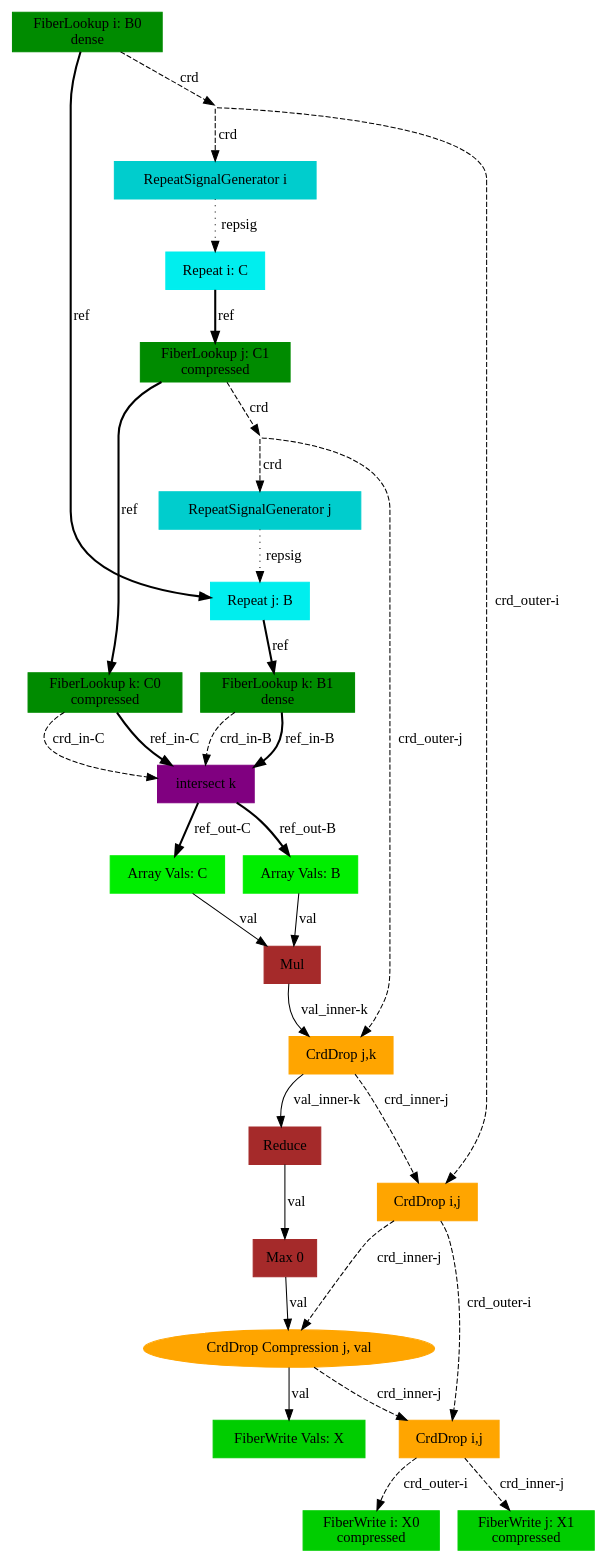
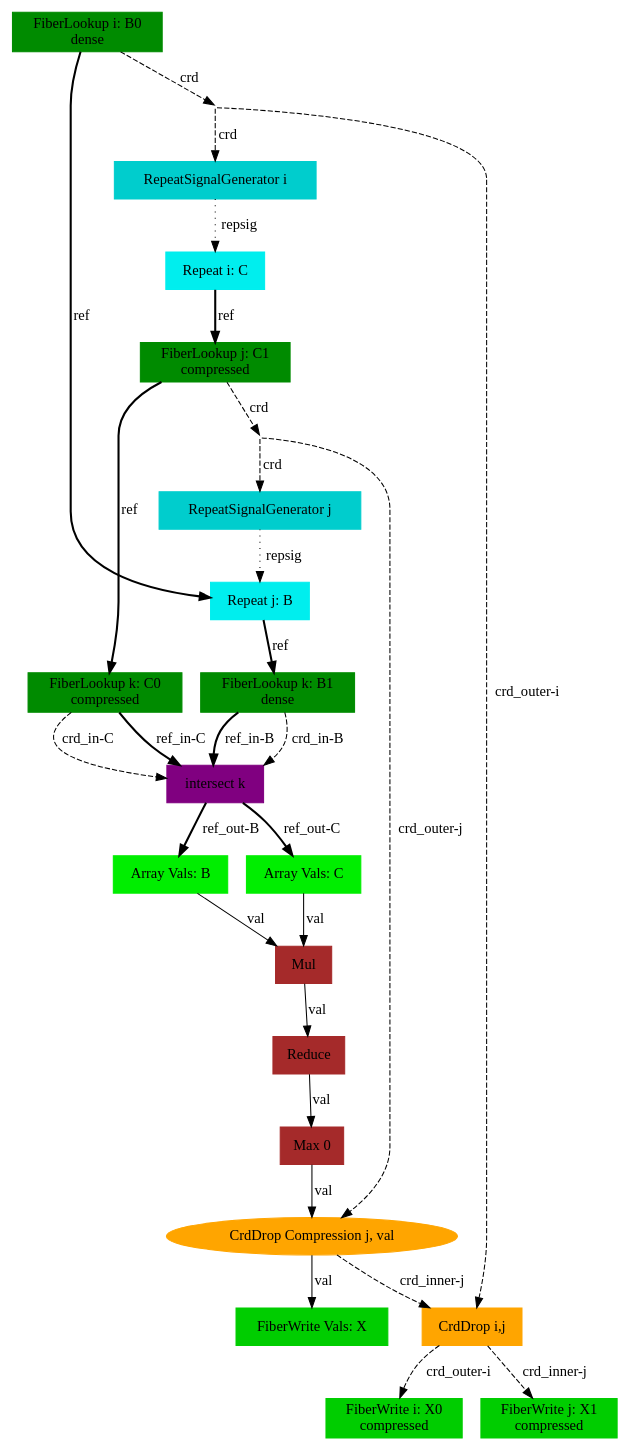
One commit to weiya711/sam changed the diagram in compiler/sam-outputs/onyx-dot/spmm_ijk_crddrop_relu.gv. Above: the diagram before and after it, drawn with Graphviz.

Commit message:
updated the graph of spmm_ijk_crdddrop_relu to avoid deadlock in the crddrop-compression-crddrop loop

```diff
--- a/compiler/sam-outputs/onyx-dot/spmm_ijk_crddrop_relu.gv
+++ b/compiler/sam-outputs/onyx-dot/spmm_ijk_crddrop_relu.gv
@@ -1,60 +1,54 @@
 digraph SAM {
     comment="X=ss01,B=dd01,C=ss10"
     17 [comment="type=fiberlookup,index=i,tensor=B,mode=0,format=dense,src=true,root=true" label="FiberLookup i: B0\ndense" color=green4 shape=box style=filled type="fiberlookup" index="i" tensor="B" mode="0" format="dense" src="true" root="true"]
     16 [comment="type=broadcast" shape=point style=invis type="broadcast"]
     2 [comment="type=fiberwrite,index=i,tensor=X,mode=0,format=compressed,segsize=2,crdsize=B0_dim,sink=true" label="FiberWrite i: X0\ncompressed" color=green3 shape=box style=filled type="fiberwrite" index="i" tensor="X" mode="0" format="compressed" segsize="2" crdsize="B0_dim" sink="true"]
     15 [comment="type=repsiggen,index=i" label="RepeatSignalGenerator i" color=cyan3 shape=box style=filled type="repsiggen" index="i"]
     14 [comment="type=repeat,index=i,tensor=C,root=true" label="Repeat i: C" color=cyan2 shape=box style=filled type="repeat" index="i" tensor="C" root="true"]
     13 [comment="type=fiberlookup,index=j,tensor=C,mode=1,format=compressed,src=true,root=false" label="FiberLookup j: C1\ncompressed" color=green4 shape=box style=filled type="fiberlookup" index="j" tensor="C" mode="1" format="compressed" src="true" root="false"]
     12 [comment="type=broadcast" shape=point style=invis type="broadcast"]
     1 [comment="type=fiberwrite,index=j,tensor=X,mode=1,format=compressed,segsize=B0_dim+1,crdsize=B0_dim*C1_dim,sink=true" label="FiberWrite j: X1\ncompressed" color=green3 shape=box style=filled type="fiberwrite" index="j" tensor="X" mode="1" format="compressed" segsize="B0_dim+1" crdsize="B0_dim*C1_dim" sink="true"]
     11 [comment="type=repsiggen,index=j" label="RepeatSignalGenerator j" color=cyan3 shape=box style=filled type="repsiggen" index="j"]
     10 [comment="type=repeat,index=j,tensor=B,root=false" label="Repeat j: B" color=cyan2 shape=box style=filled type="repeat" index="j" tensor="B" root="false"]
     8 [comment="type=fiberlookup,index=k,tensor=B,mode=1,format=dense,src=true,root=false" label="FiberLookup k: B1\ndense" color=green4 shape=box style=filled type="fiberlookup" index="k" tensor="B" mode="1" format="dense" src="true" root="false"]
     7 [comment="type=intersect,index=k" label="intersect k" color=purple shape=box style=filled type="intersect" index="k"]
     5 [comment="type=arrayvals,tensor=B" label="Array Vals: B" color=green2 shape=box style=filled type="arrayvals" tensor="B"]
     4 [comment="type=mul" label="Mul" color=brown shape=box style=filled type="mul"]
     3 [comment="type=reduce" label="Reduce" color=brown shape=box style=filled type="reduce"]
     0 [comment="type=fiberwrite,mode=vals,tensor=X,size=1*B0_dim*C1_dim,sink=true" label="FiberWrite Vals: X" color=green3 shape=box style=filled type="fiberwrite" tensor="X" mode="vals" size="1*B0_dim*C1_dim" sink="true"]
     6 [comment="type=arrayvals,tensor=C" label="Array Vals: C" color=green2 shape=box style=filled type="arrayvals" tensor="C"]
     9 [comment="type=fiberlookup,index=k,tensor=C,mode=0,format=compressed,src=true,root=false" label="FiberLookup k: C0\ncompressed" color=green4 shape=box style=filled type="fiberlookup" index="k" tensor="C" mode="0" format="compressed" src="true" root="false"]
-    18 [comment="type=crddrop,outer=i,inner=j" label="CrdDrop i,j" color=orange shape=box style=filled type="crddrop" outer="i" inner="j"]
-    19 [comment="type=crddrop,outer=j,inner=k" label="CrdDrop j,k" color=orange shape=box style=filled type="crddrop" outer="j" inner="k"]
     20 [comment="type=max" label="Max 0" color=brown shape=box style=filled type="max"]
     21 [comment="type=crddrop,outer=j,inner=val,mode=0" label="CrdDrop Compression j, val" color=orange style=filled type="crddrop" outer="j" inner="val" mode="0"]
     22 [comment="type=crddrop,outer=i,inner=j" label="CrdDrop i,j" color=orange shape=box style=filled type="crddrop" outer="i" inner="j"]
     17 -> 16 [label="crd" style=dashed type="crd" comment=""]
     16 -> 15 [label="crd" style=dashed type="crd"]
     15 -> 14 [label="repsig" style=dotted type="repsig"]
     14 -> 13 [label="ref" style=bold type="ref"]
     13 -> 12 [label="crd" style=dashed type="crd" comment=""]
     12 -> 11 [label="crd" style=dashed type="crd"]
     11 -> 10 [label="repsig" style=dotted type="repsig"]
     10 -> 8 [label="ref" style=bold type="ref"]
     8 -> 7 [label="crd_in-B" style=dashed type="crd" comment="in-B"]
     7 -> 5 [label="ref_out-B" style=bold type="ref" comment="out-B"]
     5 -> 4 [label="val" type="val"]
     7 -> 6 [label="ref_out-C" style=bold type="ref" comment="out-C"]
     6 -> 4 [label="val" type="val"]
     8 -> 7 [label="ref_in-B" style=bold type="ref" comment="in-B"]
     13 -> 9 [label="ref" style=bold type="ref" comment=""]
     9 -> 7 [label="crd_in-C" style=dashed type="crd" comment="in-C"]
     9 -> 7 [label="ref_in-C" style=bold type="ref" comment="in-C"]
     17 -> 10 [label="ref" style=bold type="ref" comment=""]
     
-    4 -> 19 [label="val_inner-k" type="val" comment="inner-k"]
-    12 -> 19 [label="crd_outer-j" style=dashed type="crd" comment="outer-j"]
-    19 -> 3 [label="val_inner-k" type="val" comment="inner-k"]
+    4 -> 3 [label="val" type="val"]
+    12 -> 21 [label="crd_outer-j" style=dashed type="crd" comment="outer-j"]
     3 -> 20 [label="val" type="val" comment="val"]
     20 -> 21 [label="val" type="val" comment="inner-val"]
-    18 -> 21 [label="crd_inner-j" style=dashed type="crd" comment="outer-j"]
     21 -> 22 [label="crd_inner-j" style=dashed type="crd" comment="outer-j"]
-    18 -> 22 [label="crd_outer-i" style=dashed type="crd" comment="outer-i"] 
 
-    19 -> 18 [label="crd_inner-j" style=dashed type="crd" comment="inner-j"] 
-    16 -> 18 [label="crd_outer-i" style=dashed type="crd" comment="outer-i"]
+    16 -> 22 [label="crd_outer-i" style=dashed type="crd" comment="outer-i"]
     21 -> 0 [label="val" type="val" comment="inner-val"]
     
     22 -> 2 [label="crd_outer-i" style=dashed type="crd" comment="outer-i"] 
     22 -> 1 [label="crd_inner-j" style=dashed type="crd" comment="inner-j"]
 }
```
